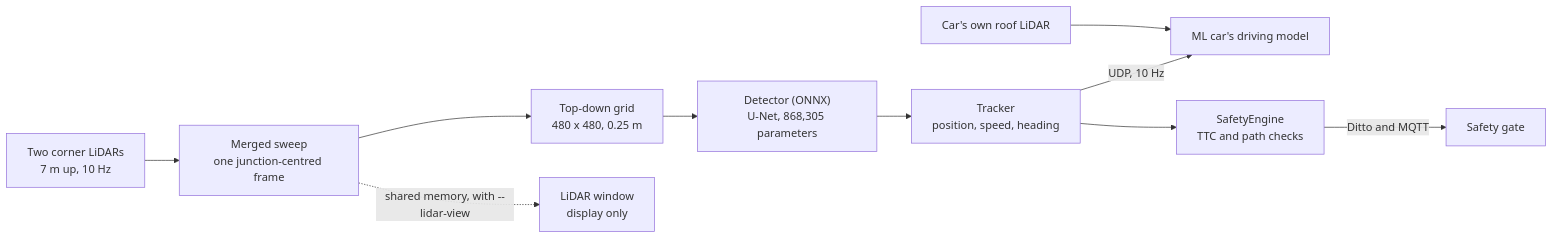
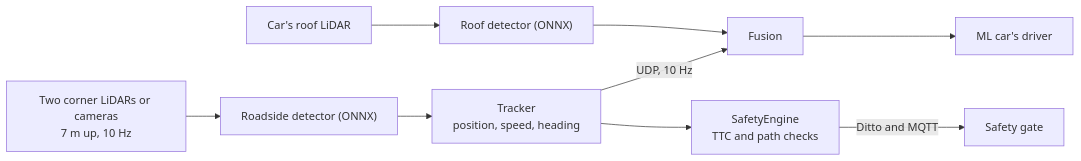
The second of 2 diagrams in README.md (JaceMonforton/Intersection-Digital-Twin-2027), drawn with Mermaid before and after one commit. The commit also changed other lines of this file and 2 other files, not shown here.

````diff
--- a/README.md
+++ b/README.md
@@ -277,12 +250,10 @@
 ```mermaid
 flowchart LR
-    L["Two corner LiDARs<br/>7 m up, 10 Hz"] --> M["Merged sweep<br/>one junction-centred frame"]
-    M --> G["Top-down grid<br/>480 x 480, 0.25 m"]
-    G --> D["Detector (ONNX)<br/>U-Net, 868,305 parameters"]
+    L["Two corner LiDARs or cameras<br/>7 m up, 10 Hz"] --> D["Roadside detector (ONNX)"]
     D --> T["Tracker<br/>position, speed, heading"]
-    T -->|"UDP, 10 Hz"| C["ML car's driving model"]
-    R["Car's own roof LiDAR"] --> C
+    T -->|"UDP, 10 Hz"| F["Fusion"]
+    R["Car's roof LiDAR"] --> RD["Roof detector (ONNX)"] --> F
+    F --> C["ML car's driver"]
     T --> S["SafetyEngine<br/>TTC and path checks"]
     S -->|"Ditto and MQTT"| B["Safety gate"]
-    M -.->|"shared memory, with --lidar-view"| V["LiDAR window<br/>display only"]
 ```
````
